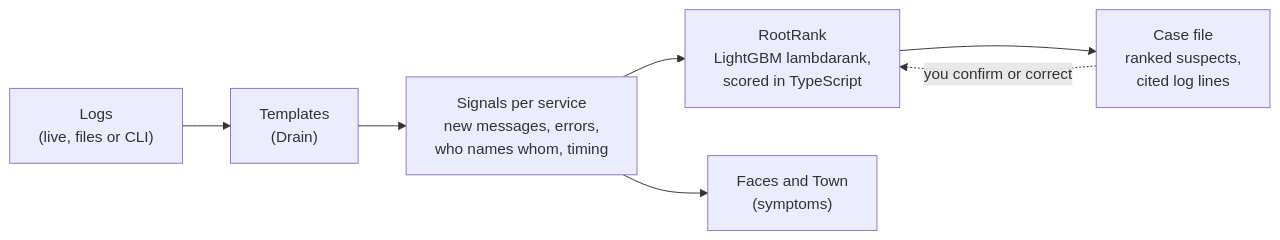
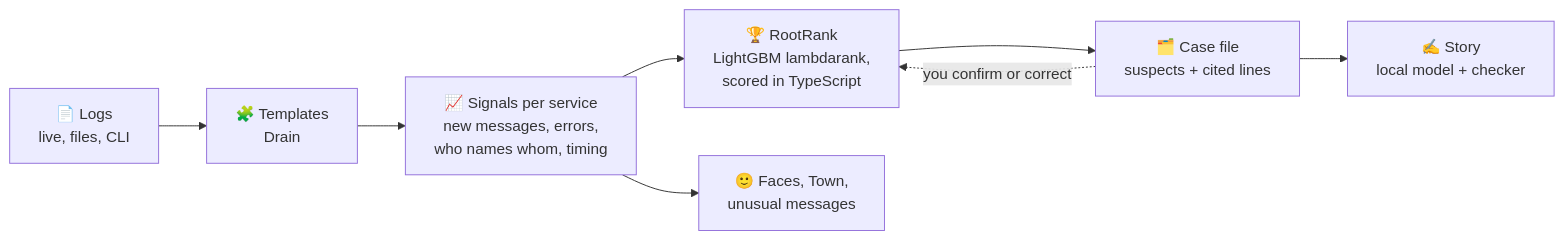
Before and after one commit to azzs11/chronolog: the diagram in README.md, drawn with Mermaid. The commit also changed other lines of this file and 1 other file, not shown here.

Commit message:
docs: story-led README with demo GIF, weak grades and the story checker

````diff
--- a/README.md
+++ b/README.md
@@ -105,9 +182,10 @@
 ```mermaid
 flowchart LR
-  A["Logs<br/>(live, files or CLI)"] --> B["Templates<br/>(Drain)"]
-  B --> C["Signals per service<br/>new messages, errors,<br/>who names whom, timing"]
-  C --> D["RootRank<br/>LightGBM lambdarank,<br/>scored in TypeScript"]
-  D --> E["Case file<br/>ranked suspects,<br/>cited log lines"]
+  A["📄 Logs<br/>live, files, CLI"] --> B["🧩 Templates<br/>Drain"]
+  B --> C["📈 Signals per service<br/>new messages, errors,<br/>who names whom, timing"]
+  C --> D["🏆 RootRank<br/>LightGBM lambdarank,<br/>scored in TypeScript"]
+  D --> E["🗂️ Case file<br/>suspects + cited lines"]
+  E --> F["✍️ Story<br/>local model + checker"]
   E -. you confirm or correct .-> D
-  C --> F["Faces and Town<br/>(symptoms)"]
+  C --> G["🙂 Faces, Town,<br/>unusual messages"]
 ```
````
